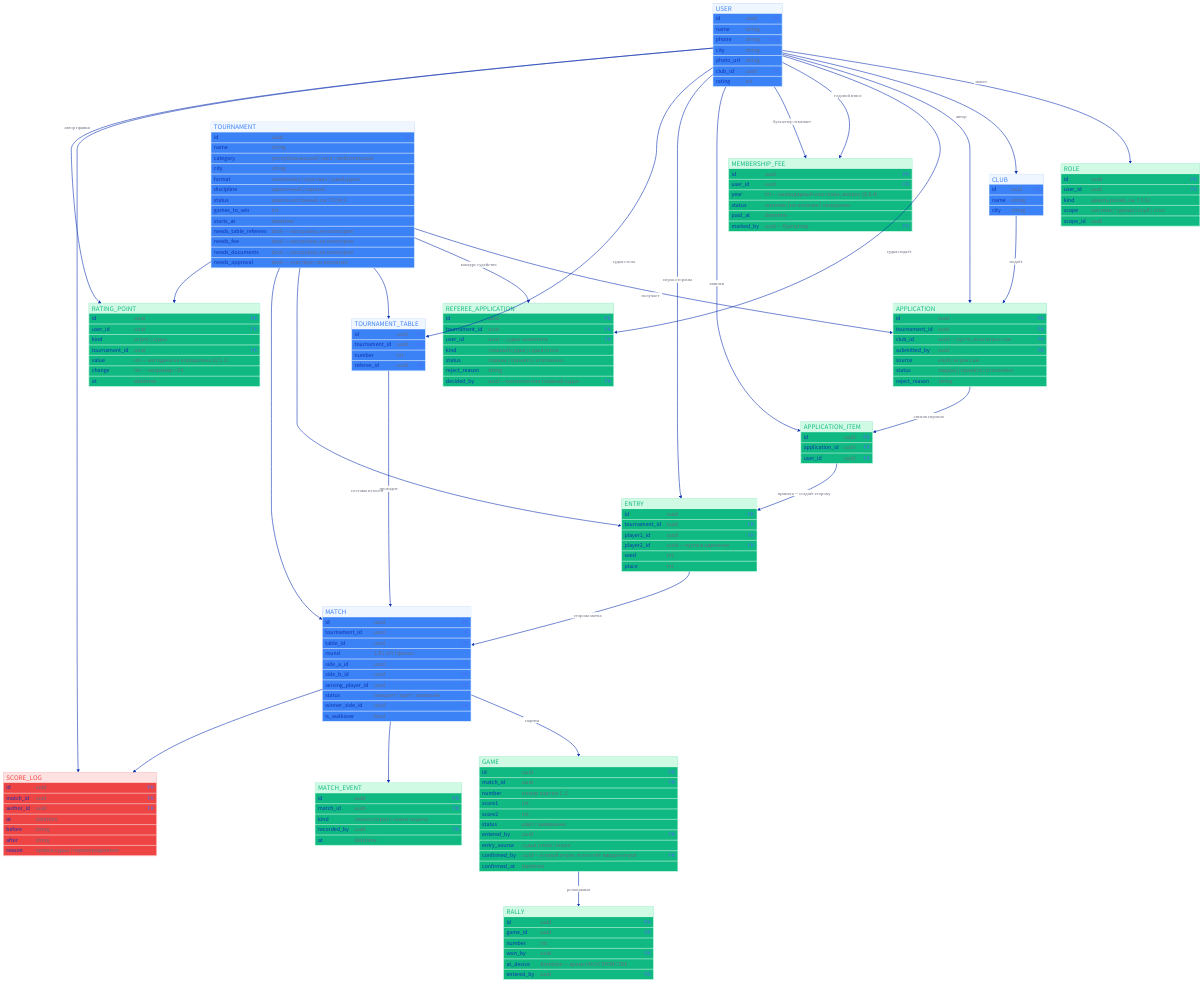
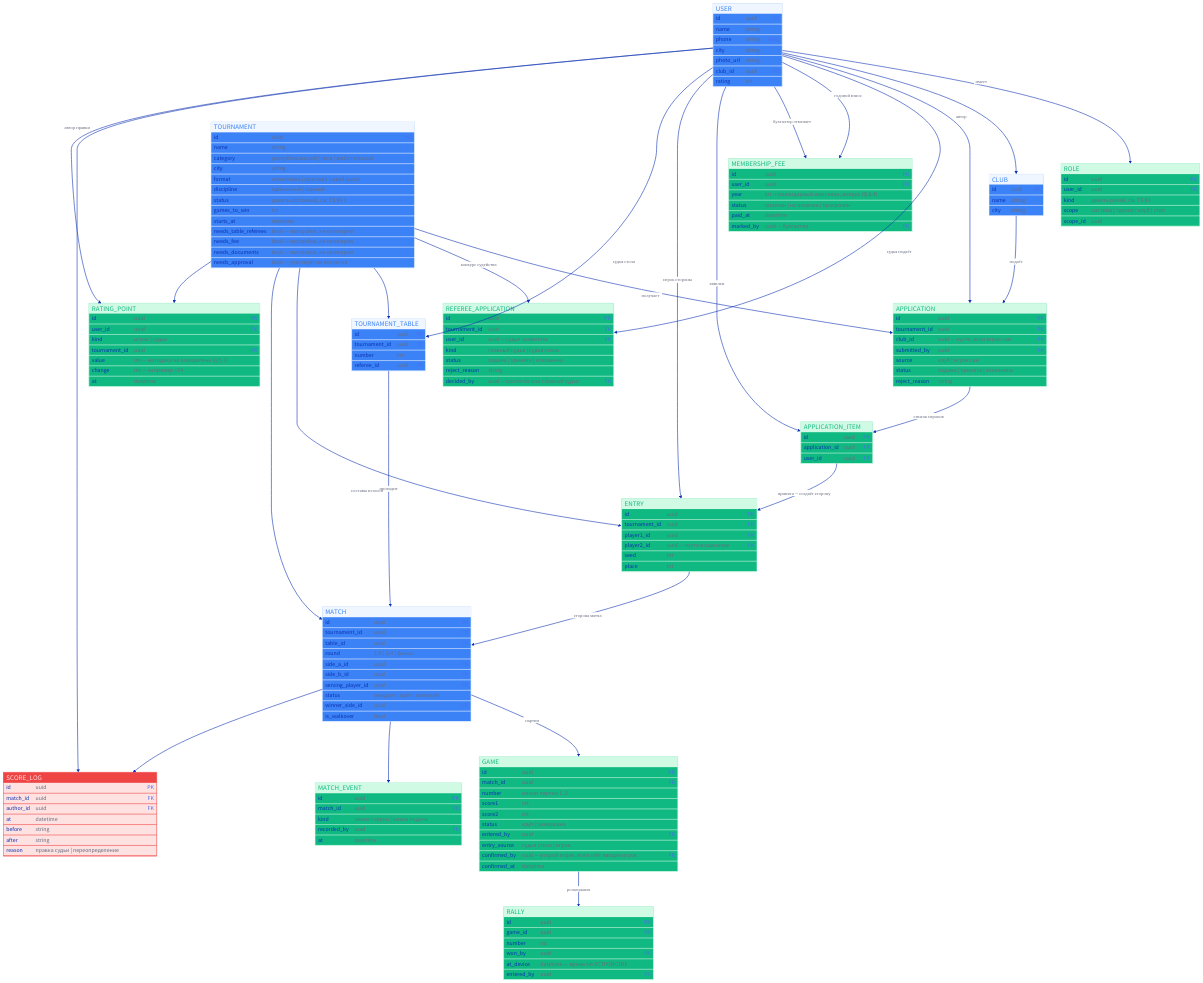
Before and after one commit to AssylanAkhanuly/tt_tournament: the diagram in diagrams/domain.d2, drawn with D2. The commit also changed 8 other files, not shown here.

First line of the commit message:
fix: SCORE_LOG читается — насыщенная шапка, светлые строки

```diff
--- a/diagrams/domain.d2
+++ b/diagrams/domain.d2
@@ -188,7 +188,12 @@
 
 score_log: SCORE_LOG {
   shape: sql_table
-  class: audit
+  # Не class: audit. У sql_table d2 красит ШАПКУ цветом fill, а ТЕЛО строк —
+  # цветом stroke, то есть наоборот по сравнению с обычным узлом. С классом
+  # audit (fill светлый, stroke насыщенный) строки заливались #ef4444 и текст
+  # в них не читался. Здесь цвета заданы под эту особенность: насыщенная
+  # шапка, светлые строки. Сам класс в теме не трогаем — он для цилиндров.
+  style: { fill: "#ef4444"; stroke: "#fee2e2"; stroke-width: 2 }
   id: uuid {constraint: primary_key}
   match_id: uuid {constraint: foreign_key}
   author_id: uuid {constraint: foreign_key}
```
